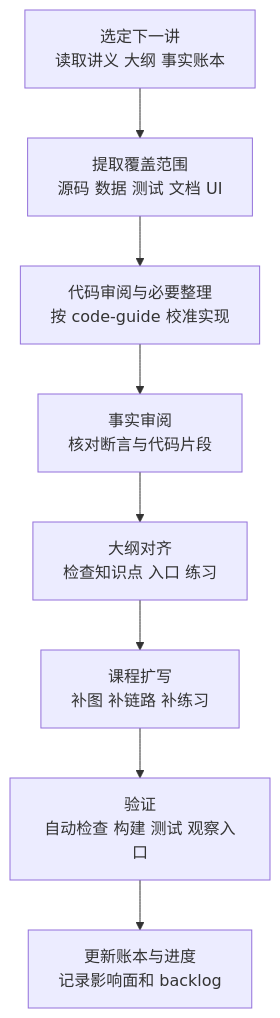
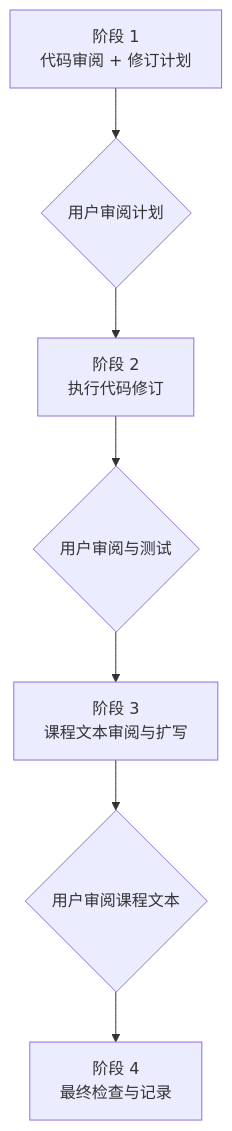
The diagram in lecture_plans/lecture-review-workflow.md (WispSnow/TinyFarmRPG), drawn with Mermaid before and after one commit. The commit also changed other lines of this file and 7 other files, not shown here.

````diff
--- a/lecture_plans/lecture-review-workflow.md
+++ b/lecture_plans/lecture-review-workflow.md
@@ -28,10 +28,9 @@
 ```mermaid
 flowchart TD
-    A["选定下一讲<br/>读取讲义 大纲 事实账本"] --> B["提取覆盖范围<br/>源码 数据 测试 文档 UI"]
-    B --> C["代码审阅与必要整理<br/>按 code-guide 校准实现"]
-    C --> D["事实审阅<br/>核对断言与代码片段"]
-    D --> E["大纲对齐<br/>检查知识点 入口 练习"]
-    E --> F["课程扩写<br/>补图 补链路 补练习"]
-    F --> G["验证<br/>自动检查 构建 测试 观察入口"]
-    G --> H["更新账本与进度<br/>记录影响面和 backlog"]
+    A["阶段 1<br/>代码审阅 + 修订计划"] --> B{"用户审阅计划"}
+    B --> C["阶段 2<br/>执行代码修订"]
+    C --> D{"用户审阅与测试"}
+    D --> E["阶段 3<br/>课程文本审阅与扩写"]
+    E --> F{"用户审阅课程文本"}
+    F --> G["阶段 4<br/>最终检查与记录"]
 ```
````
